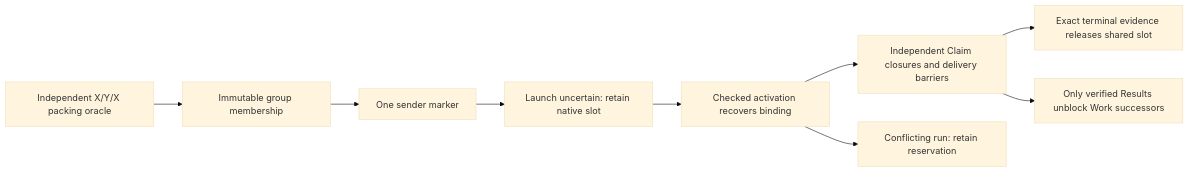
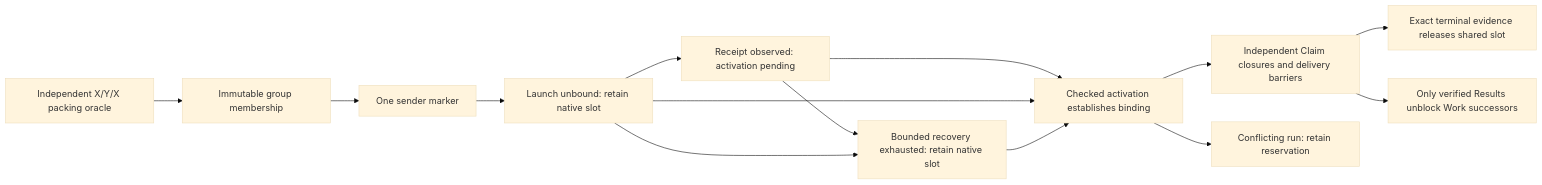
The third of 3 diagrams in specs/work-queue/README.md (github/gh-aw), drawn with Mermaid (base theme) before and after one commit. The commit also changed other lines of this file and 10 other files, not shown here.

````diff
--- a/specs/work-queue/README.md
+++ b/specs/work-queue/README.md
@@ -1468,11 +1482,16 @@
 ```mermaid
 flowchart LR
     Prefix["Independent X/Y/X packing oracle"] --> Assignment["Immutable group membership"]
     Assignment --> Marker["One sender marker"]
-    Marker --> Unknown["Launch uncertain: retain native slot"]
-    Unknown --> Activation["Checked activation recovers binding"]
+    Marker --> Unknown["Launch unbound: retain native slot"]
+    Unknown --> Accepted["Receipt observed: activation pending"]
+    Accepted --> Activation["Checked activation establishes binding"]
+    Unknown --> Activation
+    Accepted --> Unresolved["Bounded recovery exhausted: retain native slot"]
+    Unknown --> Unresolved
+    Unresolved --> Activation
     Activation --> Members["Independent Claim closures and delivery barriers"]
     Activation --> Conflict["Conflicting run: retain reservation"]
     Members --> Terminal["Exact terminal evidence releases shared slot"]
     Members --> DAG["Only verified Results unblock Work successors"]
 ```
````
